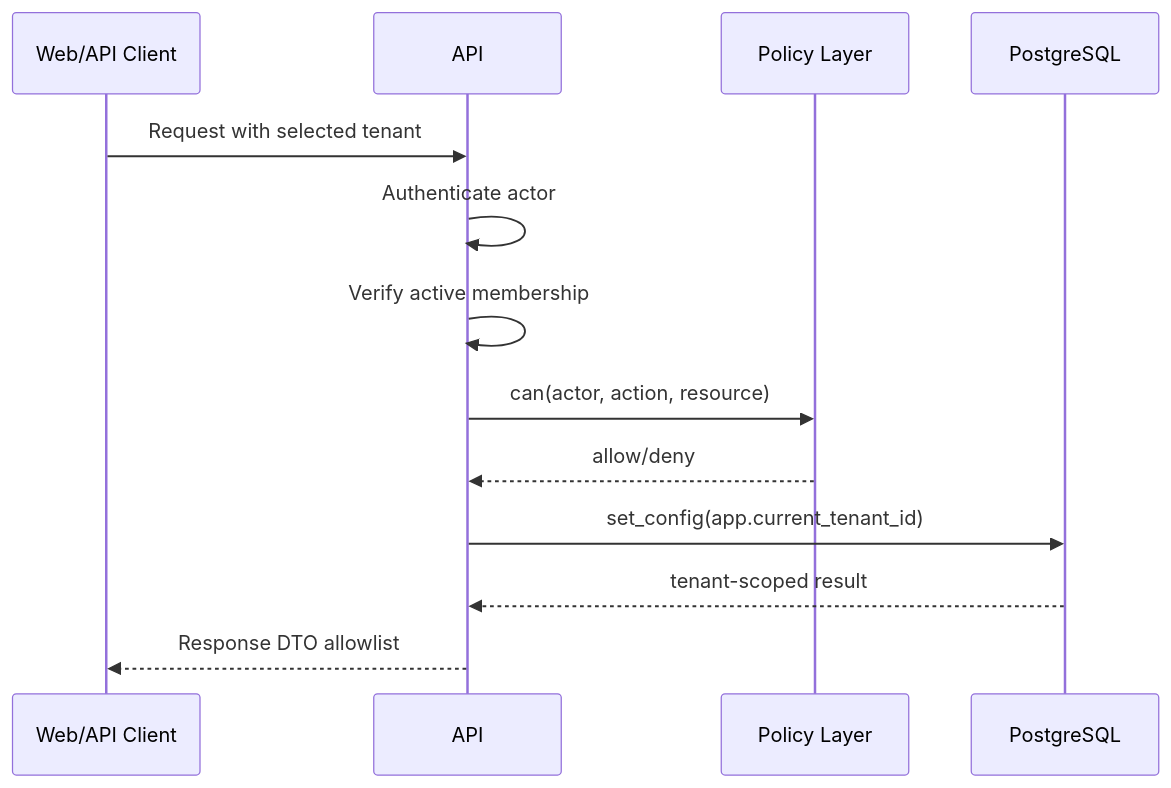
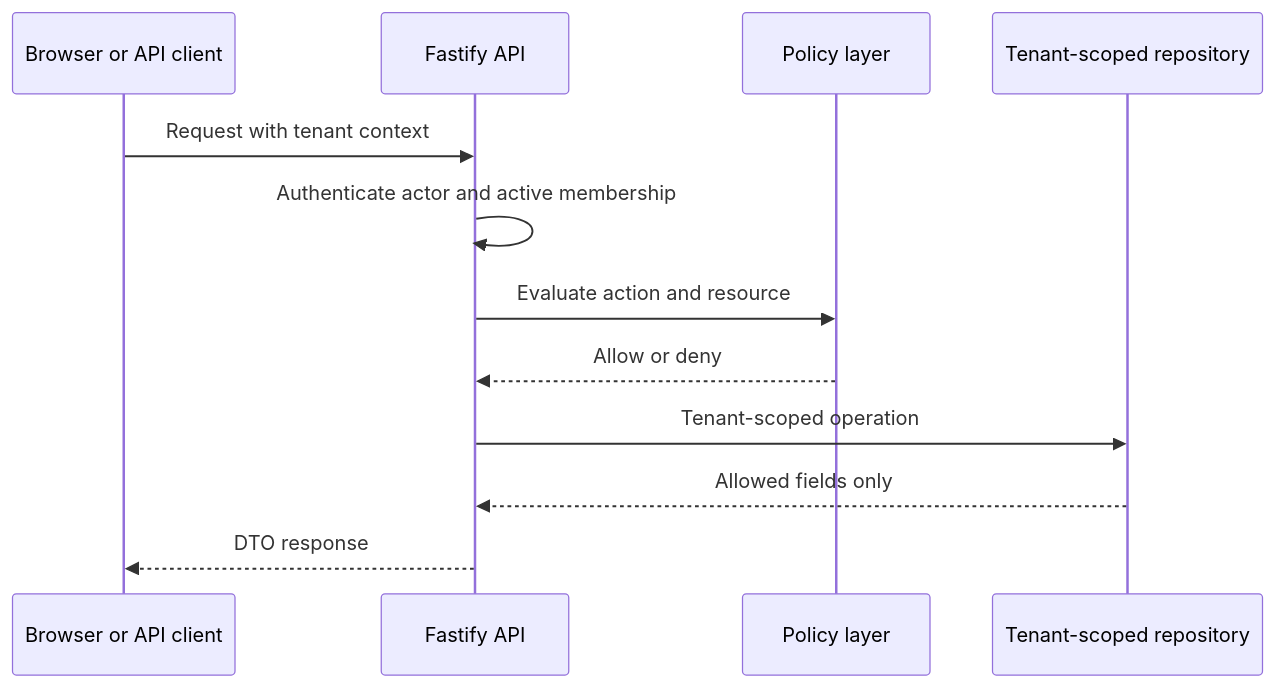
The third of 3 diagrams in docs/security/architecture.md (IoanGogozan/TrustVault-Lite), drawn with Mermaid before and after one commit. The commit also changed other lines of this file and 22 other files, not shown here.

````diff
--- a/docs/security/architecture.md
+++ b/docs/security/architecture.md
@@ -56,16 +49,15 @@
 ```mermaid
 sequenceDiagram
-  participant W as Web/API Client
-  participant A as API
-  participant P as Policy Layer
-  participant D as PostgreSQL
+  participant C as Browser or API client
+  participant A as Fastify API
+  participant P as Policy layer
+  participant R as Tenant-scoped repository
 
-  W->>A: Request with selected tenant
-  A->>A: Authenticate actor
-  A->>A: Verify active membership
-  A->>P: can(actor, action, resource)
-  P-->>A: allow/deny
-  A->>D: set_config(app.current_tenant_id)
-  D-->>A: tenant-scoped result
-  A-->>W: Response DTO allowlist
+  C->>A: Request with tenant context
+  A->>A: Authenticate actor and active membership
+  A->>P: Evaluate action and resource
+  P-->>A: Allow or deny
+  A->>R: Tenant-scoped operation
+  R-->>A: Allowed fields only
+  A-->>C: DTO response
 ```
````
